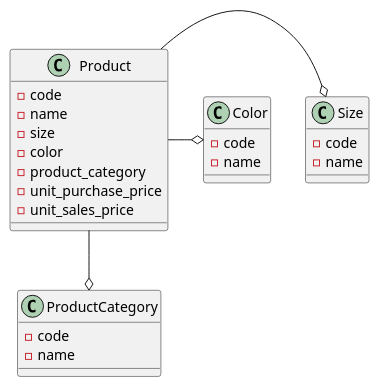
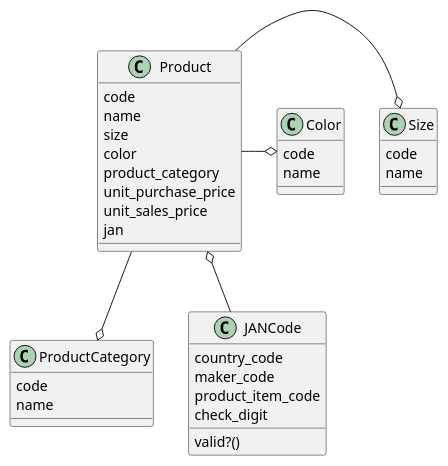
One commit to k2works/etude_for_rails changed the second of 3 diagrams in docs/dev/sales_modeling/sales_modeling.md. Above: the diagram before and after it, drawn with PlantUML. The commit also changed other lines of this file and 10 other files, not shown here.

````diff
--- a/docs/dev/sales_modeling/sales_modeling.md
+++ b/docs/dev/sales_modeling/sales_modeling.md
@@ -33,26 +33,36 @@
 ```puml
 class Product {
-  - code
-  - name
-  - size
-  - color
-  - product_category
-  - unit_purchase_price
-  - unit_sales_price
+  code
+  name
+  size
+  color
+  product_category
+  unit_purchase_price
+  unit_sales_price
+  jan
 }
 class Size {
-  - code
-  - name
+  code
+  name
 }
 class Color {
-  - code
-  - name
+  code
+  name
 }
 class ProductCategory {
-  - code
-  - name
+  code
+  name
 }
+class JANCode {
+  country_code
+  maker_code
+  product_item_code
+  check_digit
+  valid?()
+}
+
 Product --ro Size
 Product -o Color
 Product --o ProductCategory
+Product o-- JANCode
 ```
````
